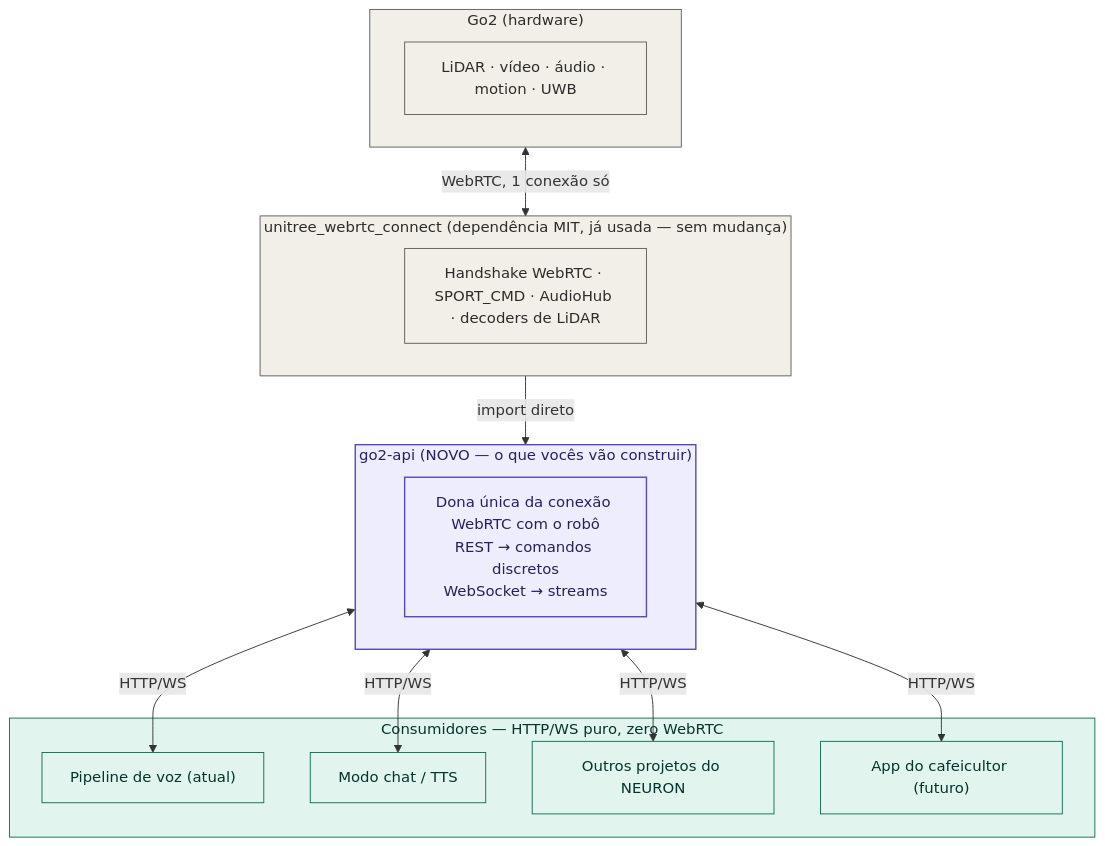
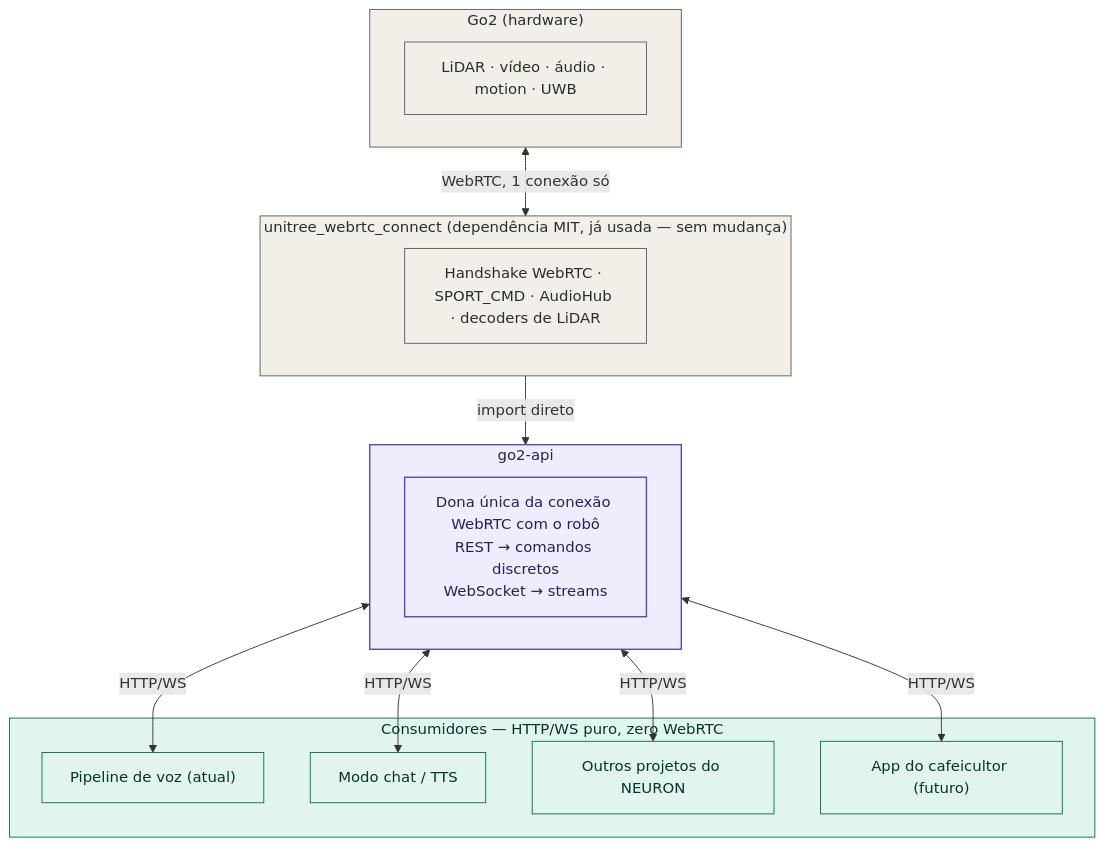
The diagram in docs/arquitetura_go2_api.md (carlosvts/go2-api), drawn with Mermaid before and after one commit. The commit also changed other lines of this file, not shown here.

Commit message:
docs(arquitetura): add implementation status, ws hub design and roadmap

````diff
--- a/docs/arquitetura_go2_api.md
+++ b/docs/arquitetura_go2_api.md
@@ -11,36 +13,36 @@
 ```mermaid
 flowchart TB
     subgraph HW["Go2 (hardware)"]
         A["LiDAR · vídeo · áudio · motion · UWB"]
     end
 
     subgraph DRIVER["unitree_webrtc_connect (dependência MIT, já usada — sem mudança)"]
         B["Handshake WebRTC · SPORT_CMD · AudioHub · decoders de LiDAR"]
     end
 
-    subgraph API["go2-api (NOVO — o que vocês vão construir)"]
+    subgraph API["go2-api"]
         C["Dona única da conexão WebRTC com o robô<br/>REST → comandos discretos<br/>WebSocket → streams"]
     end
 
     subgraph CONSUMERS["Consumidores — HTTP/WS puro, zero WebRTC"]
         D1["Pipeline de voz (atual)"]
         D2["Modo chat / TTS"]
         D3["Outros projetos do NEURON"]
         D4["App do cafeicultor (futuro)"]
     end
 
     HW <-->|"WebRTC, 1 conexão só"| DRIVER
     DRIVER -->|"import direto"| API
     API <-->|HTTP/WS| D1
     API <-->|HTTP/WS| D2
     API <-->|HTTP/WS| D3
     API <-->|HTTP/WS| D4
 
     classDef existing fill:#F1EFE8,stroke:#5F5E5A,stroke-width:1px,color:#2C2C2A
     classDef proposed fill:#EEEDFE,stroke:#534AB7,stroke-width:1.5px,color:#26215C
     classDef consumer fill:#E1F5EE,stroke:#0F6E56,stroke-width:1px,color:#04342C
 
     class HW,A,DRIVER,B existing
     class API,C proposed
     class CONSUMERS,D1,D2,D3,D4 consumer
 ```
````
